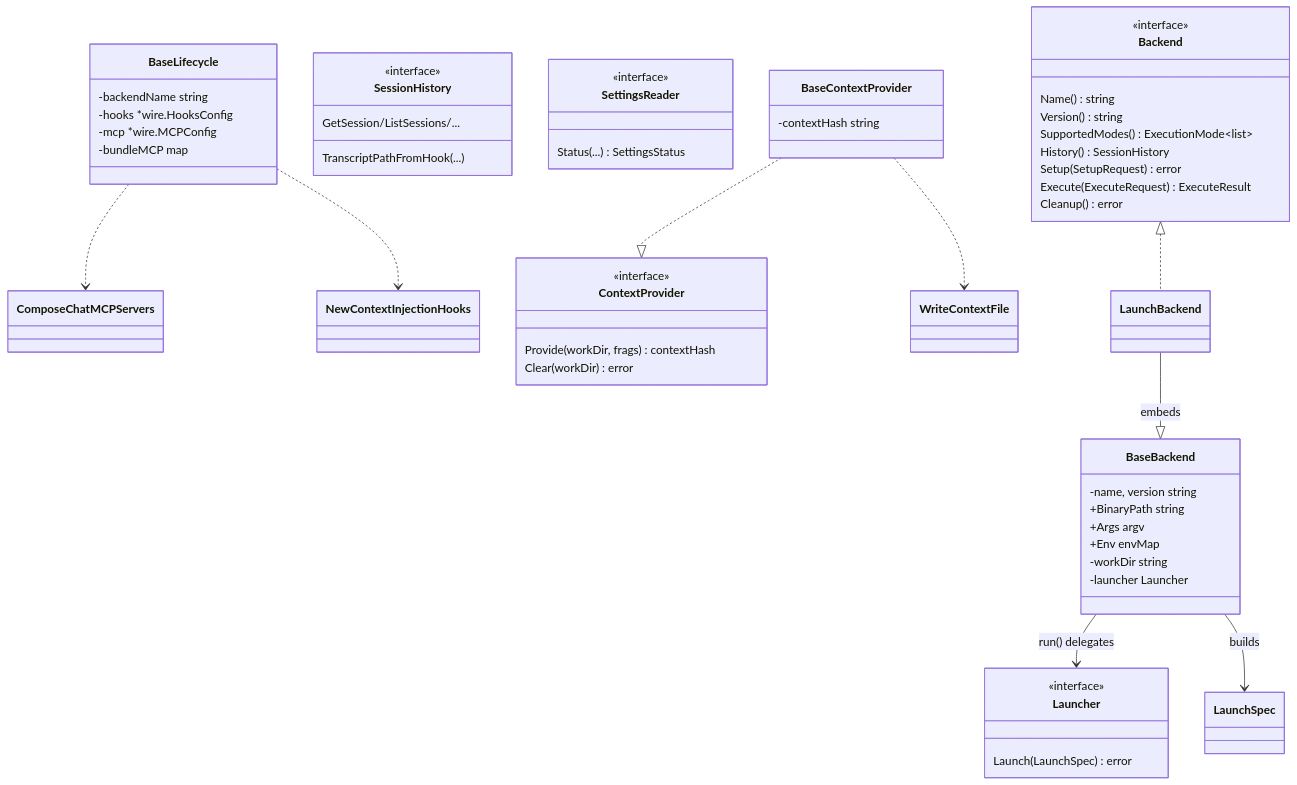
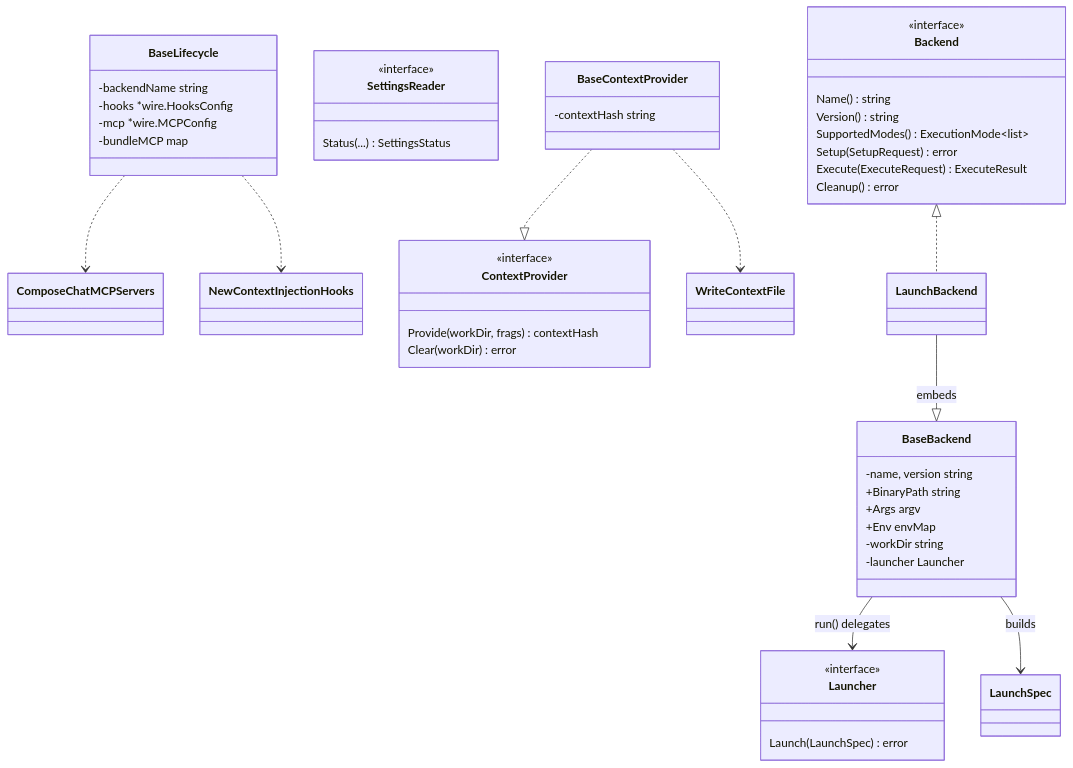
The diagram in docs/architecture/shared/agent-backend-contract.md (ctxloom/ctxloom), drawn with Mermaid before and after one commit. The commit also changed other lines of this file and 43 other files, not shown here.

````diff
--- a/docs/architecture/shared/agent-backend-contract.md
+++ b/docs/architecture/shared/agent-backend-contract.md
@@ -5,60 +5,54 @@
 ```mermaid
 classDiagram
     class Backend {
         <<interface>>
         Name() string
         Version() string
         SupportedModes() ExecutionMode~list~
-        History() SessionHistory
         Setup(SetupRequest) error
         Execute(ExecuteRequest) ExecuteResult
         Cleanup() error
     }
     class ContextProvider {
         <<interface>>
         Provide(workDir, frags) contextHash
         Clear(workDir) error
-    }
-    class SessionHistory {
-        <<interface>>
-        GetSession/ListSessions/...
-        TranscriptPathFromHook(...)
     }
     class SettingsReader {
         <<interface>>
         Status(...) SettingsStatus
     }
     class Launcher {
         <<interface>>
         Launch(LaunchSpec) error
     }
 
     class BaseBackend {
         -name, version string
         +BinaryPath string
         +Args argv
         +Env envMap
         -workDir string
         -launcher Launcher
     }
     class BaseLifecycle {
         -backendName string
         -hooks *wire.HooksConfig
         -mcp *wire.MCPConfig
         -bundleMCP map
     }
     class BaseContextProvider {
         -contextHash string
     }
 
     BaseBackend --> Launcher : run() delegates
     BaseBackend --> LaunchSpec : builds
     BaseContextProvider ..|> ContextProvider
     BaseLifecycle ..> ComposeChatMCPServers
     BaseLifecycle ..> NewContextInjectionHooks
     BaseContextProvider ..> WriteContextFile
 
     class LaunchBackend
     LaunchBackend --|> BaseBackend : embeds
     Backend <|.. LaunchBackend
 ```
````
